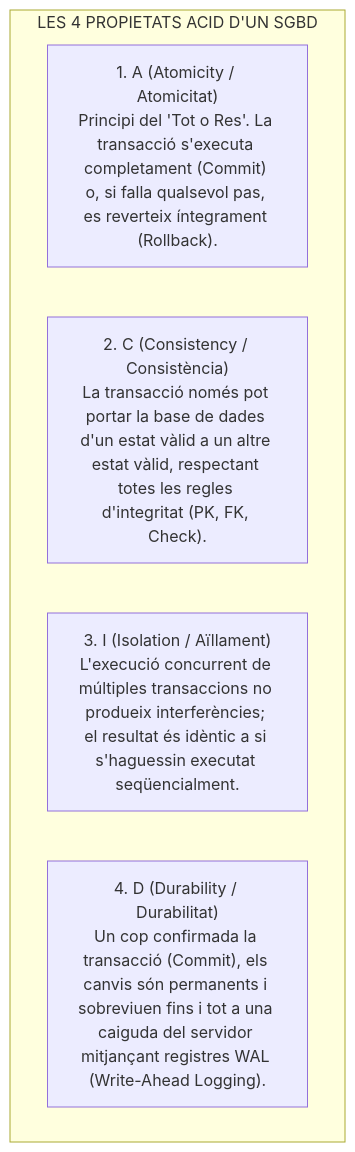
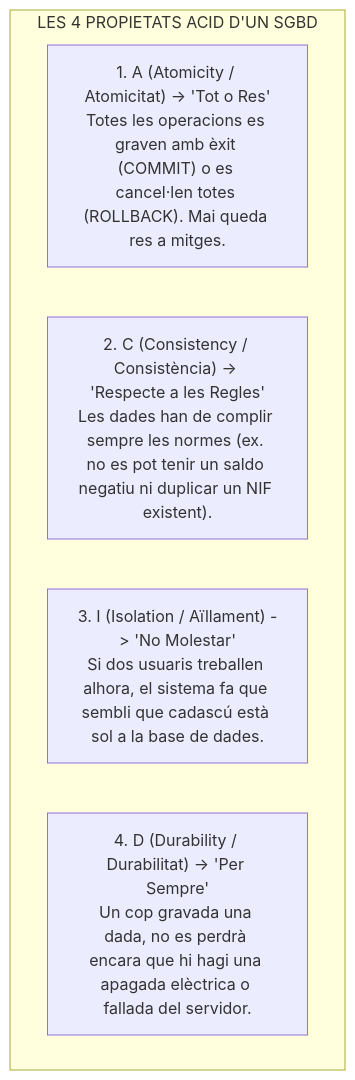
One commit to oriolmapu/opo changed the first of 4 diagrams in part_especifica/bloc6_programacio_i_desenvolupament/74_bases_dades_integritat_acid_xifratge_distribuides_cap.md. Above: the diagram before and after it, drawn with Mermaid. The commit also changed other lines of this file and 1 other file, not shown here.

Commit message:
Actualitzat Tema 74 amb versió didàctica, concisa i quadre complet de preguntes de test

````diff
--- a/part_especifica/bloc6_programacio_i_desenvolupament/74_bases_dades_integritat_acid_xifratge_distribuides_cap.md
+++ b/part_especifica/bloc6_programacio_i_desenvolupament/74_bases_dades_integritat_acid_xifratge_distribuides_cap.md
@@ -11,9 +13,9 @@
 ```mermaid
 flowchart TD
-    subgraph PROPIETATS_ACID["LES 4 PROPIETATS ACID D'UN SGBD"]
-        A["1. A (Atomicity / Atomicitat)<br/>Principi del 'Tot o Res'. La transacció s'executa completament (Commit) o, si falla qualsevol pas, es reverteix íntegrament (Rollback)."]
-        C["2. C (Consistency / Consistència)<br/>La transacció només pot portar la base de dades d'un estat vàlid a un altre estat vàlid, respectant totes les regles d'integritat (PK, FK, Check)."]
-        I["3. I (Isolation / Aïllament)<br/>L'execució concurrent de múltiples transaccions no produeix interferències; el resultat és idèntic a si s'haguessin executat seqüencialment."]
-        D["4. D (Durability / Durabilitat)<br/>Un cop confirmada la transacció (Commit), els canvis són permanents i sobreviuen fins i tot a una caiguda del servidor mitjançant registres WAL (Write-Ahead Logging)."]
+    subgraph ACID_DIDACTIC["LES 4 PROPIETATS ACID D'UN SGBD"]
+        A["1. A (Atomicity / Atomicitat) -> 'Tot o Res'<br/>Totes les operacions es graven amb èxit (COMMIT) o es cancel·len totes (ROLLBACK). Mai queda res a mitges."]
+        C["2. C (Consistency / Consistència) -> 'Respecte a les Regles'<br/>Les dades han de complir sempre les normes (ex. no es pot tenir un saldo negatiu ni duplicar un NIF existent)."]
+        I["3. I (Isolation / Aïllament) -> 'No Molestar'<br/>Si dos usuaris treballen alhora, el sistema fa que sembli que cadascú està sol a la base de dades."]
+        D["4. D (Durability / Durabilitat) -> 'Per Sempre'<br/>Un cop gravada una dada, no es perdrà encara que hi hagi una apagada elèctrica o fallada del servidor."]
     end
 ```
````
